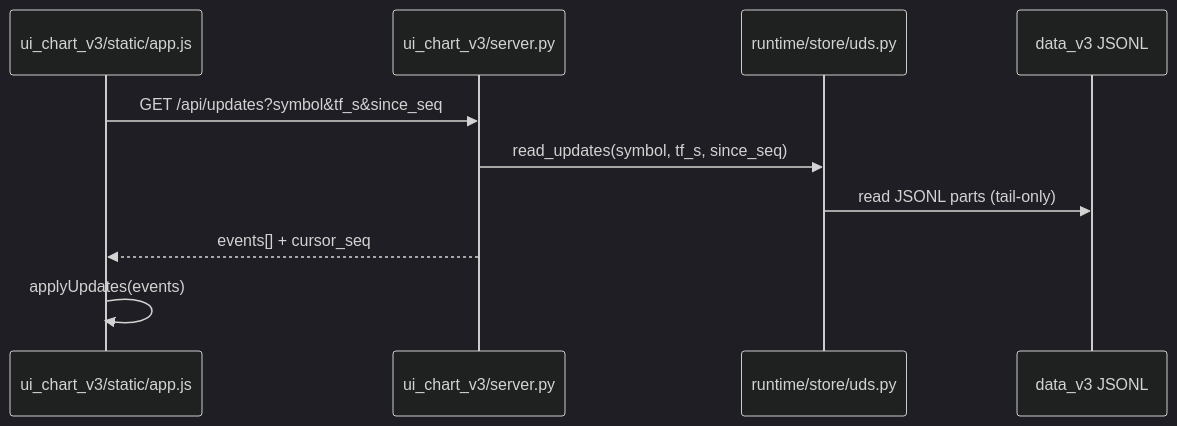
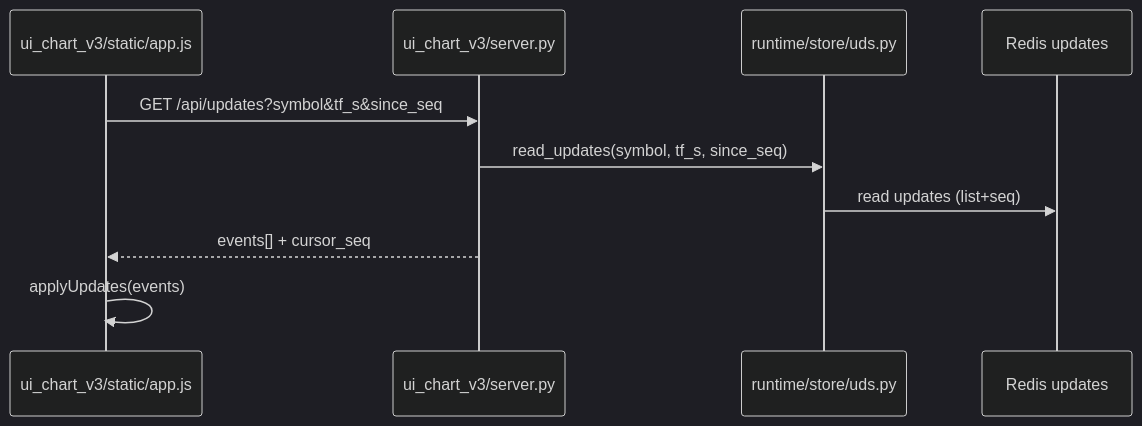
One commit to Std07-1/v3 changed the sixth of 7 diagrams in docs/system_current_overview.md. Above: the diagram before and after it, drawn with Mermaid (dark theme). The commit also changed other lines of this file and 19 other files, not shown here.

First line of the commit message:
P2X.6-B1: TickAggregator для preview з open=перший тик. - 2026-02-11 · 20260211-087 · P2X.6: Tick schema guard + 0-ticks loud detection у TickPreviewWorker. - 2026-02-11 · 20260211-086 · P2X.6: Tick ts wallclock fallback — loud src + counter + ratio warning.

````diff
--- a/docs/system_current_overview.md
+++ b/docs/system_current_overview.md
@@ -99,13 +106,13 @@
 ```mermaid
 sequenceDiagram
     participant UI as ui_chart_v3/static/app.js
     participant API as ui_chart_v3/server.py
     participant UDS as runtime/store/uds.py
-    participant SSOT as data_v3 JSONL
+    participant RU as Redis updates
 
     UI->>API: GET /api/updates?symbol&tf_s&since_seq
     API->>UDS: read_updates(symbol, tf_s, since_seq)
-    UDS->>SSOT: read JSONL parts (tail-only)
+    UDS->>RU: read updates (list+seq)
     API-->>UI: events[] + cursor_seq
     UI->>UI: applyUpdates(events)
 ```
````
